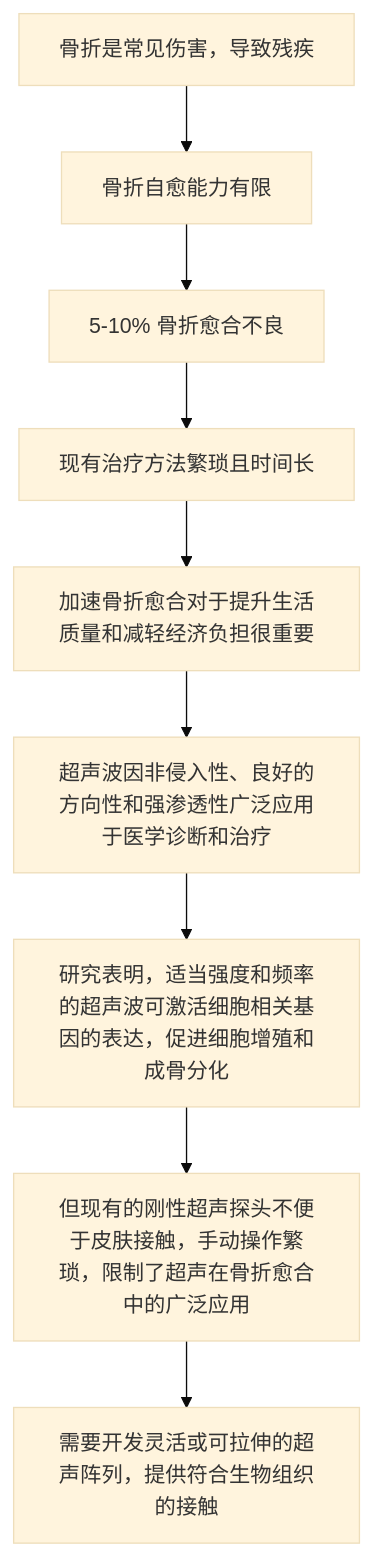
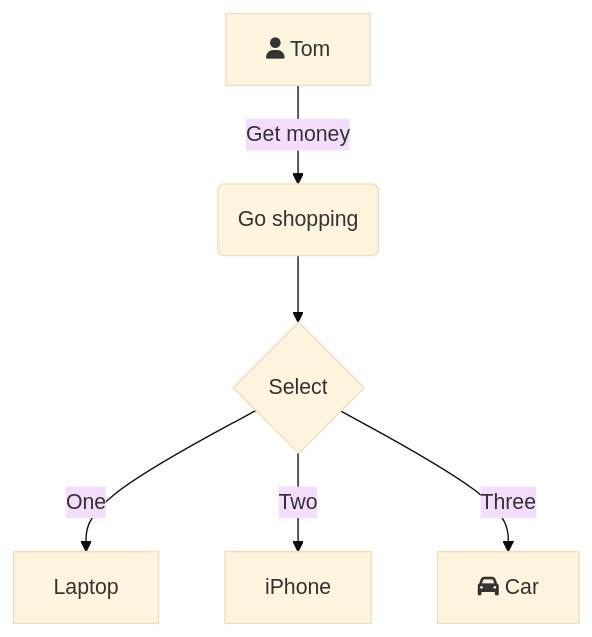
The diagram in all/未命名-1.md (wyqspear/iodraw-files), drawn with Mermaid (base theme) before and after one commit.

Commit message:
2024-08-08 01:17:13 update

````diff
--- a/all/未命名-1.md
+++ b/all/未命名-1.md
@@ -1,12 +1,8 @@
 ```mermaid
-flowchart TD
-    A[骨折是常见伤害，导致残疾] --> B[骨折自愈能力有限]
-    B --> C[5-10% 骨折愈合不良]
-    C --> D[现有治疗方法繁琐且时间长]
-    D --> E[加速骨折愈合对于提升生活质量和减轻经济负担很重要]
-    E --> F[超声波因非侵入性、良好的方向性和强渗透性广泛应用于医学诊断和治疗]
-    F --> G[研究表明，适当强度和频率的超声波可激活细胞相关基因的表达，促进细胞增殖和成骨分化]
-    G --> H[但现有的刚性超声探头不便于皮肤接触，手动操作繁琐，限制了超声在骨折愈合中的广泛应用]
-    H --> I[需要开发灵活或可拉伸的超声阵列，提供符合生物组织的接触]
-
+graph TD
+    A[fa:fa-user Tom] -->|Get money| B(Go shopping)
+    B --> C{Select}
+    C -->|One| D[Laptop]
+    C -->|Two| E[iPhone]
+    C -->|Three| F[fa:fa-car Car]
 ```
````
